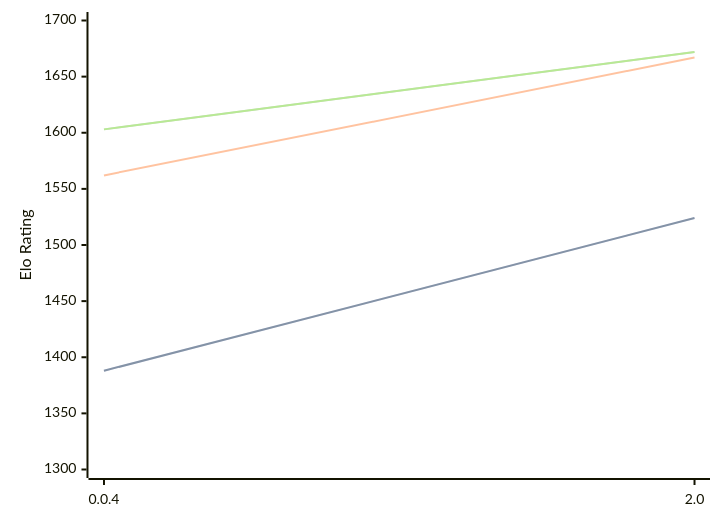
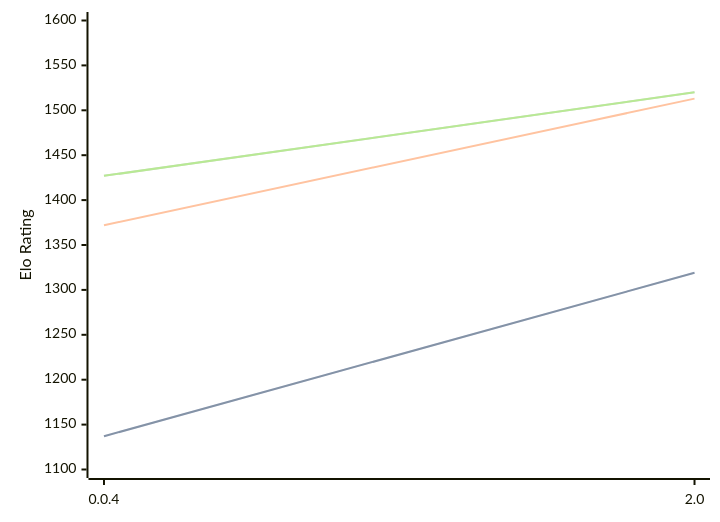
One commit to computer-chess-index/cci changed the diagram in engines/Oops!Mate.md. Above: the diagram before and after it, drawn with Mermaid. The commit also changed other lines of this file, not shown here.

Commit message:
Update CCI Ratings (ELO VLTC) - 2026-02-24

````diff
--- a/engines/Oops!Mate.md
+++ b/engines/Oops!Mate.md
@@ -48,11 +49,11 @@
 ```mermaid
 %%{init: {"theme":"base","themeVariables":{"seriesColors:['#a3a3a3','#222221','#faa371']}}}%%
 xychart-beta
   x-axis ["0.0.4", "2.0"]
-  y-axis "Elo Rating" 1300 --> 1700
-  line "STC (8.0+0.08s)" [1388, 1524]
-  line "STC (8.0+0.08s)" [1388, 1524]
-  line "LTC (60.0+0.60s)" [1562, 1667]
-  line "VLTC (2m24s+1.12s)" [1603, 1672]
-  line "VLTC (2m24s+1.12s)" [1603, 1672]
+  y-axis "Elo Rating" 1100 --> 1600
+  line "STC (8.0+0.08s)" [1137, 1319]
+  line "STC (8.0+0.08s)" [1137, 1319]
+  line "LTC (60.0+0.60s)" [1372, 1513]
+  line "VLTC (2m24s+1.12s)" [1427, 1520]
+  line "VLTC (2m24s+1.12s)" [1427, 1520]
 ```
````
